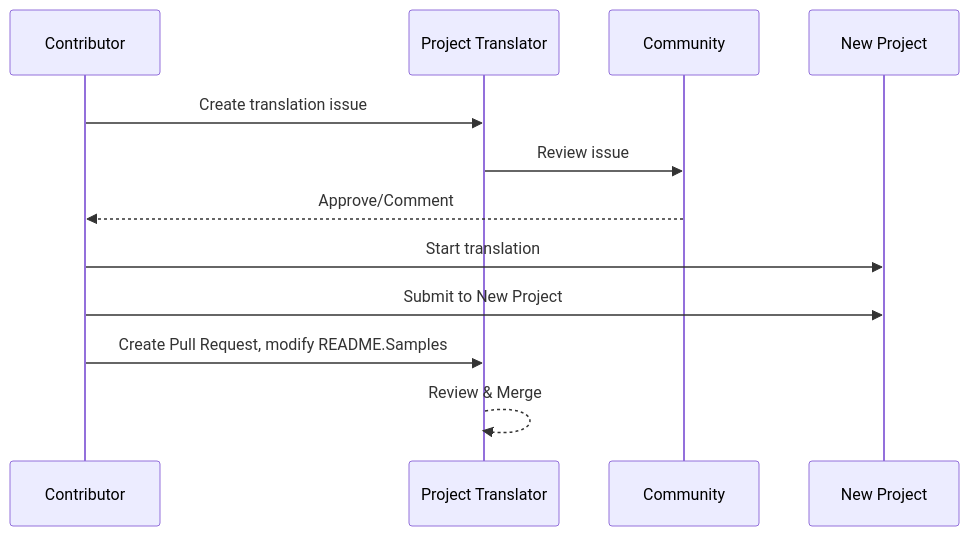
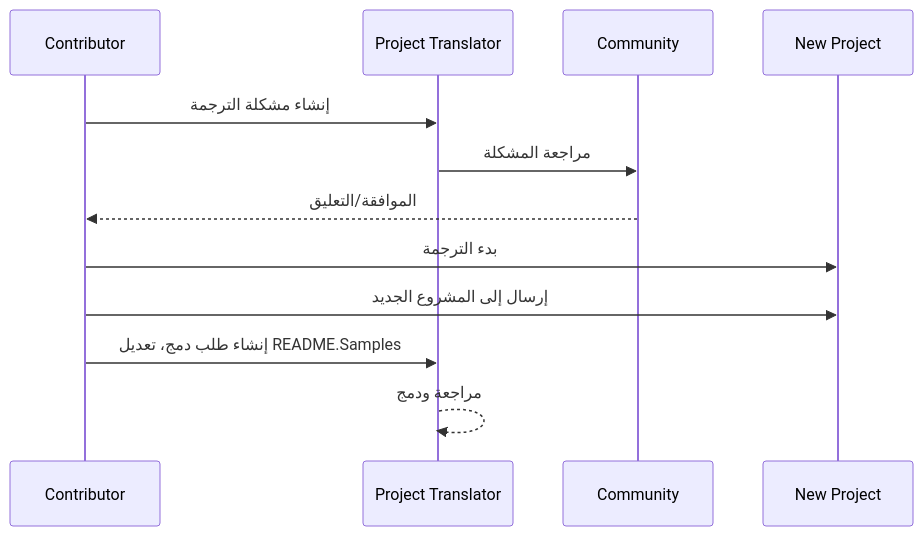
One commit to Project-Translation/project_translator changed the diagram in readmes/README.ar-sa.md. Above: the diagram before and after it, drawn with Mermaid. The commit also changed other lines of this file and 60 other files, not shown here.

````diff
--- a/readmes/README.ar-sa.md
+++ b/readmes/README.ar-sa.md
@@ -49,10 +49,10 @@
 ```mermaid
 sequenceDiagram
-  Contributor->>Project Translator: Create translation issue
-  Project Translator->>Community: Review issue
-  Community-->>Contributor: Approve/Comment
-  Contributor->>New Project: Start translation
-  Contributor->>New Project: Submit to New Project
-  Contributor->>Project Translator: Create Pull Request, modify README.Samples
-  Project Translator-->>Project Translator: Review & Merge
+  Contributor->>Project Translator: إنشاء مشكلة الترجمة
+  Project Translator->>Community: مراجعة المشكلة
+  Community-->>Contributor: الموافقة/التعليق
+  Contributor->>New Project: بدء الترجمة
+  Contributor->>New Project: إرسال إلى المشروع الجديد
+  Contributor->>Project Translator: إنشاء طلب دمج، تعديل README.Samples
+  Project Translator-->>Project Translator: مراجعة ودمج
 ```
````
